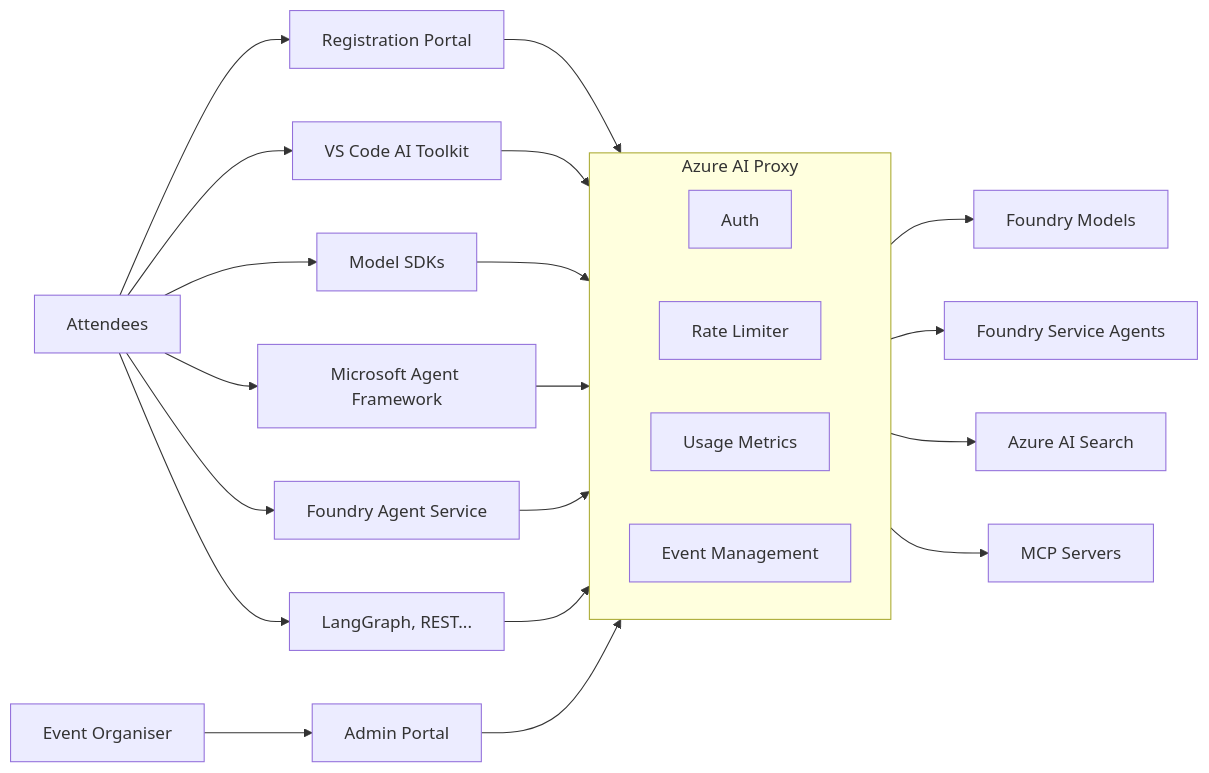
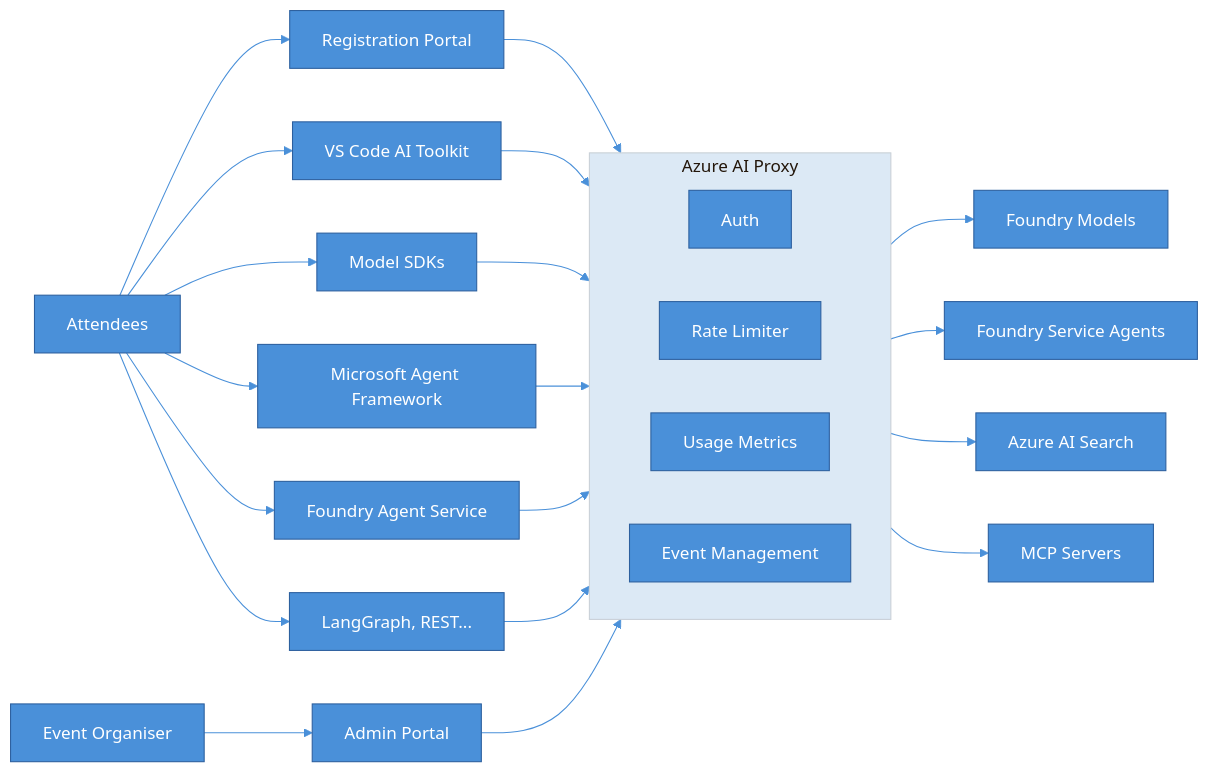
Before and after one commit to gloveboxes/azure-ai-proxy-lite: the diagram in README.md, drawn with Mermaid.

````diff
--- a/README.md
+++ b/README.md
@@ -11,32 +11,33 @@
 ```mermaid
+%%{init: {'theme': 'base', 'themeVariables': {'primaryColor': '#4a90d9', 'primaryTextColor': '#ffffff', 'primaryBorderColor': '#2c5f9e', 'lineColor': '#4a90d9', 'secondaryColor': '#a8c8e8', 'tertiaryColor': '#dce9f5'}}}%%
 graph LR
     Attendees --> Reg[Registration Portal]
     Attendees --> T1[VS Code AI Toolkit]
     Attendees --> T2[Model SDKs]
     Attendees --> T3[Microsoft Agent Framework]
     Attendees --> T4[Foundry Agent Service]
     Attendees --> T5[LangGraph, REST...]
 
     Organiser[Event Organiser] --> Admin[Admin Portal]
 
     Reg --> Azure_AI_Proxy
     T1 --> Azure_AI_Proxy
     T2 --> Azure_AI_Proxy
     T3 --> Azure_AI_Proxy
     T4 --> Azure_AI_Proxy
     T5 --> Azure_AI_Proxy
     Admin --> Azure_AI_Proxy
 
     subgraph Azure_AI_Proxy[Azure AI Proxy]
         direction LR
         P1[Auth]
         P2[Rate Limiter]
         P3[Usage Metrics]
         P4[Event Management]
     end
 
     Azure_AI_Proxy --> A1[Foundry Models]
     Azure_AI_Proxy --> A2[Foundry Service Agents]
     Azure_AI_Proxy --> A3[Azure AI Search]
     Azure_AI_Proxy --> A4[MCP Servers]
 ```
````
